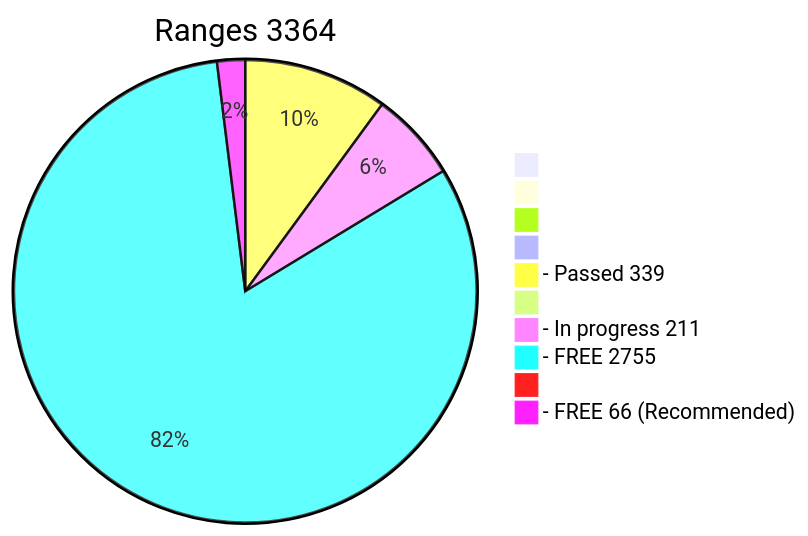
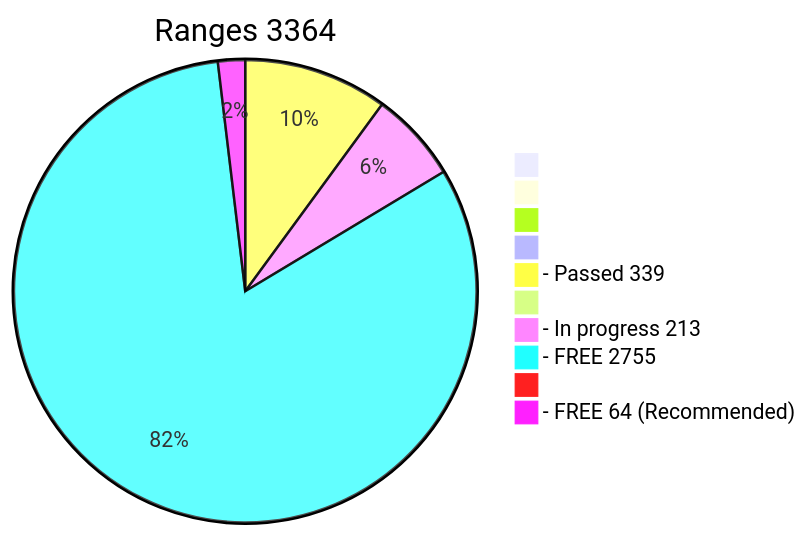
The diagram in x64/Release/table.md (phrutis/wif500), drawn with Mermaid before and after one commit. The commit also changed other lines of this file, not shown here.

````diff
--- a/x64/Release/table.md
+++ b/x64/Release/table.md
@@ -2,13 +2,13 @@
 ```mermaid
 pie title Ranges 3364
   " " : 0
   "  " : 0
   "   " : 0
   "    " : 0
   "- Passed 339" : 339
   "     " : 0
-  "- In progress 211" : 211
+  "- In progress 213" : 213
   "- FREE 2755" : 2755
   "      " : 0
-  "- FREE 66 (Recommended)" : 66
+  "- FREE 64 (Recommended)" : 64
 ```
````
